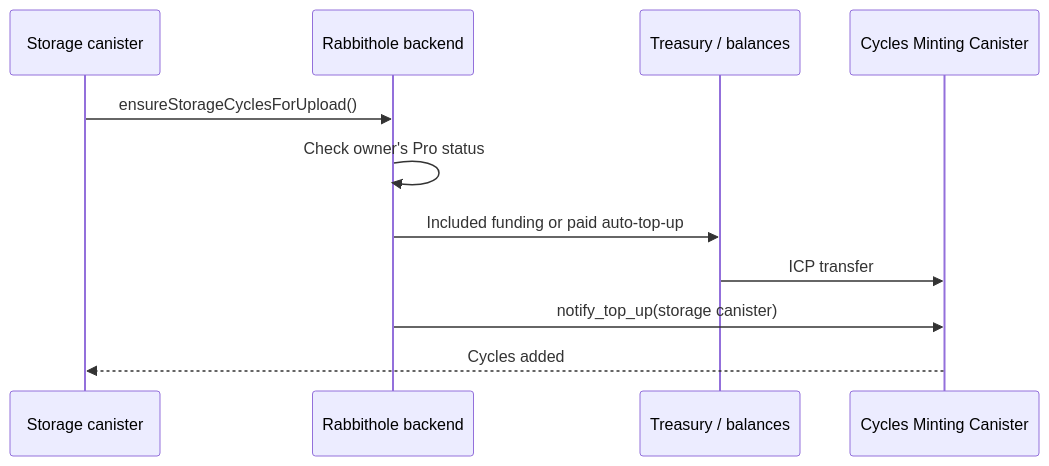
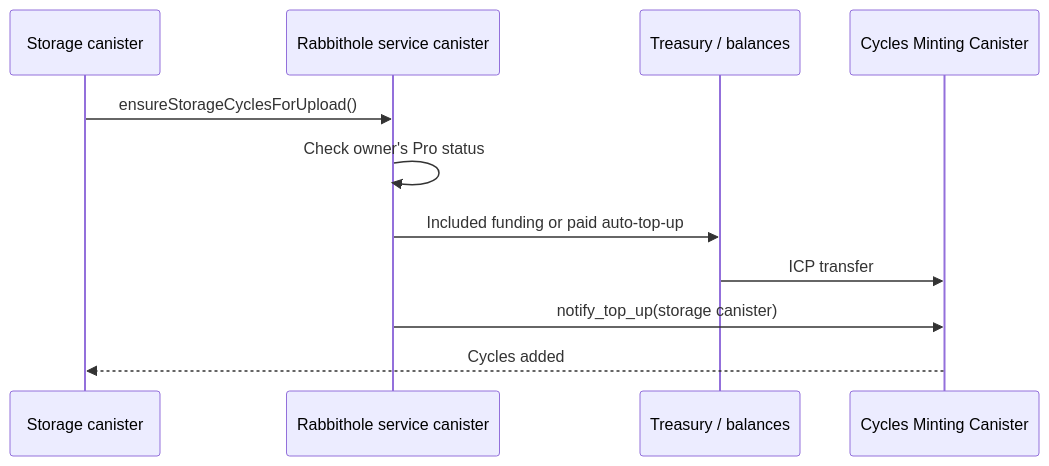
Before and after one commit to rabbithole-app/v2: the second of 3 diagrams in apps/docs/src/en/how-it-works/payment.md, drawn with Mermaid. The commit also changed other lines of this file and 35 other files, not shown here.

````diff
--- a/apps/docs/src/en/how-it-works/payment.md
+++ b/apps/docs/src/en/how-it-works/payment.md
@@ -220,14 +229,14 @@
 ```mermaid
 sequenceDiagram
     participant S as Storage canister
-    participant B as Rabbithole backend
+    participant B as Rabbithole service canister
     participant T as Treasury / balances
     participant CMC as Cycles Minting Canister
 
     S->>B: ensureStorageCyclesForUpload()
     B->>B: Check owner's Pro status
     B->>T: Included funding or paid auto-top-up
     T->>CMC: ICP transfer
     B->>CMC: notify_top_up(storage canister)
     CMC-->>S: Cycles added
 ```
````
